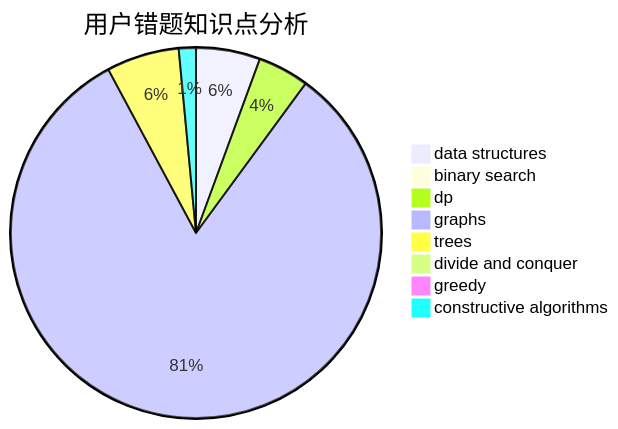
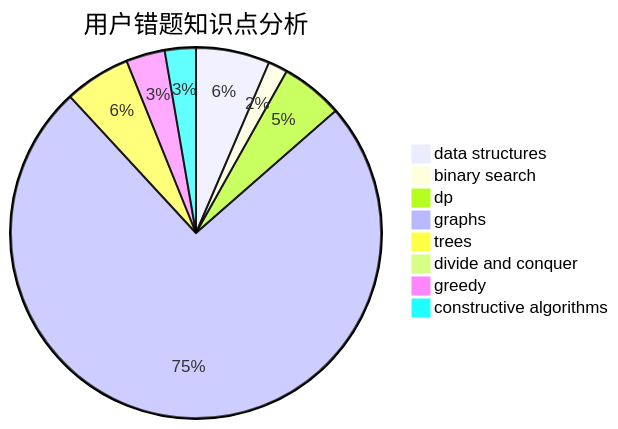
The third of 3 diagrams in docs/user/u353.md (sherpahu/cfrs.github.io), drawn with Mermaid before and after one commit. The commit also changed other lines of this file and 2770 other files, not shown here.

````diff
--- a/docs/user/u353.md
+++ b/docs/user/u353.md
@@ -36,11 +36,11 @@
 ```mermaid
 pie title 用户错题知识点分析
-    "data structures" :  15
-    "binary search" :  1
-    "dp" :  12
+    "data structures" :  19
+    "binary search" :  5
+    "dp" :  16
     "graphs" :  220
     "trees" :  17
     "divide and conquer" :  0
-    "greedy" :  2
-    "constructive algorithms" :  4
+    "greedy" :  10
+    "constructive algorithms" :  8
 ```
````
